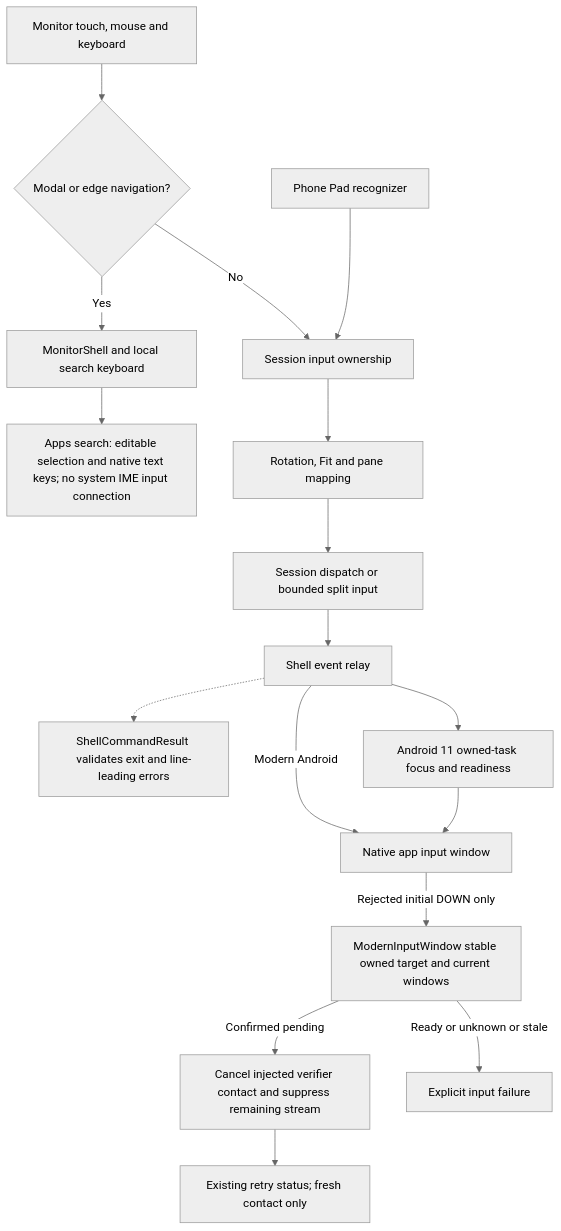
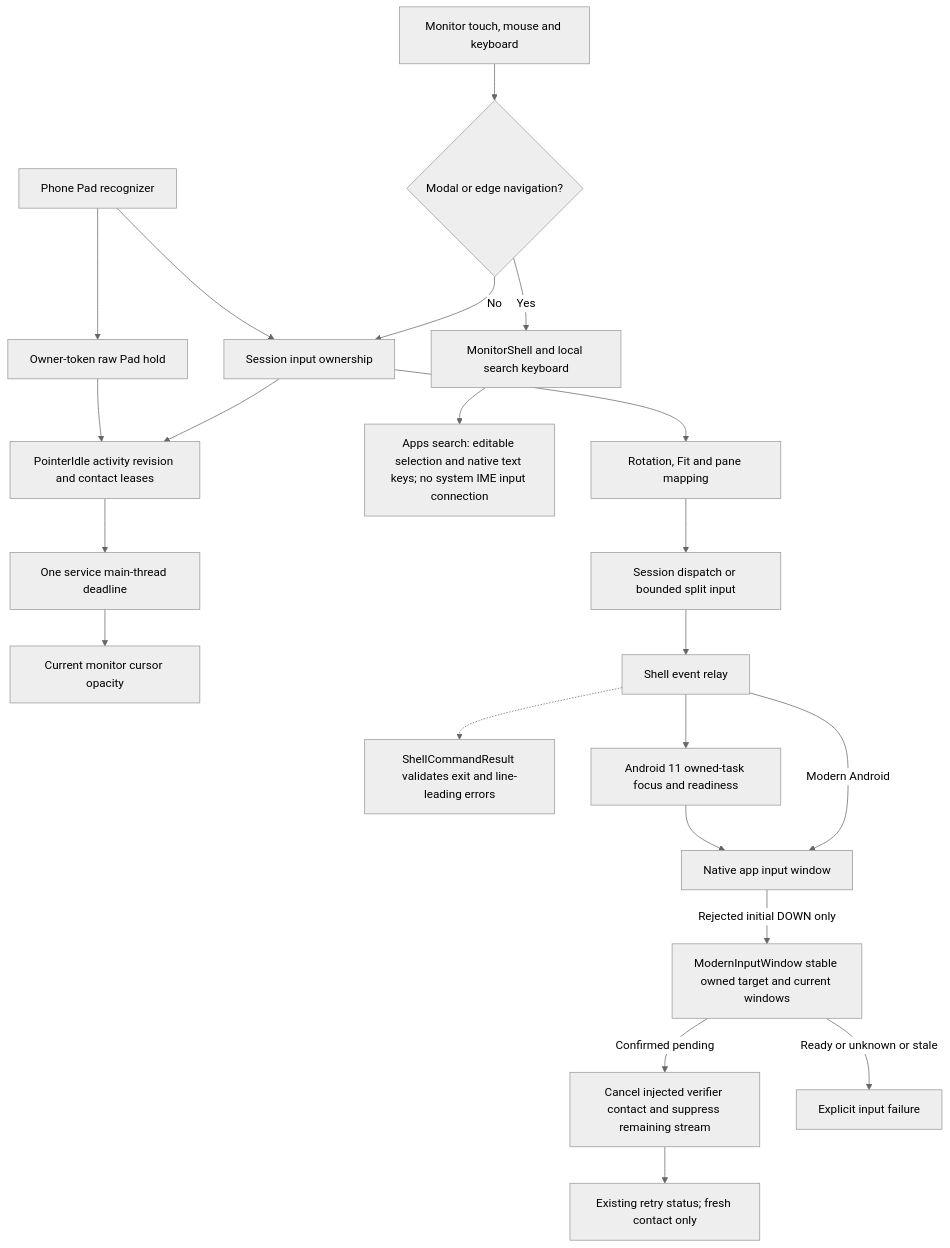
The first of 6 diagrams in docs/architecture/features/input-and-navigation.md (PhiLong-Ho/DexDroid), drawn with Mermaid (neutral theme) before and after one commit. The commit also changed other lines of this file and 82 other files, not shown here.

Commit message:
Release 0.19.0 with readable menus and idle pointer (#13)

````diff
--- a/docs/architecture/features/input-and-navigation.md
+++ b/docs/architecture/features/input-and-navigation.md
@@ -19,19 +31,24 @@
 ```mermaid
 flowchart TB
     Pad[Phone Pad recognizer] --> Owner[Session input ownership]
+    Pad --> Lease[Owner-token raw Pad hold]
+    Lease --> Idle[PointerIdle activity revision and contact leases]
+    Owner --> Idle
+    Idle --> Timer[One service main-thread deadline]
+    Timer --> Cursor[Current monitor cursor opacity]
     Monitor[Monitor touch, mouse and keyboard] --> Modal{Modal or edge navigation?}
     Modal -->|Yes| Shell[MonitorShell and local search keyboard]
     Shell --> Editor[Apps search: editable selection and native text keys; no system IME input connection]
     Modal -->|No| Owner
     Owner --> Geometry[Rotation, Fit and pane mapping]
     Geometry --> Dispatch[Session dispatch or bounded split input]
     Bridge -.-> Validation[ShellCommandResult validates exit and line-leading errors]
     Dispatch --> Bridge[Shell event relay]
     Bridge --> Legacy[Android 11 owned-task focus and readiness]
     Legacy --> App[Native app input window]
     Bridge -->|Modern Android| App
     App -->|Rejected initial DOWN only| Modern[ModernInputWindow stable owned target and current windows]
     Modern -->|Confirmed pending| Cancel[Cancel injected verifier contact and suppress remaining stream]
     Modern -->|Ready or unknown or stale| Error[Explicit input failure]
     Cancel --> Retry[Existing retry status; fresh contact only]
 ```
````
